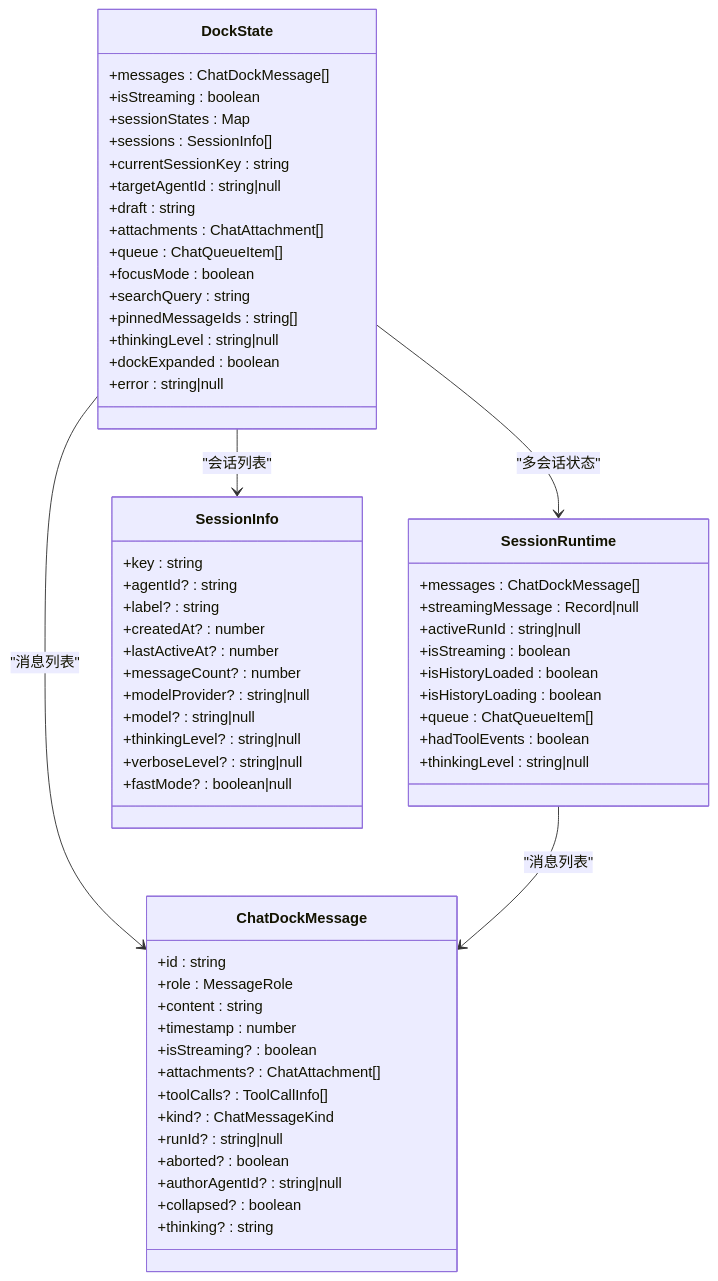
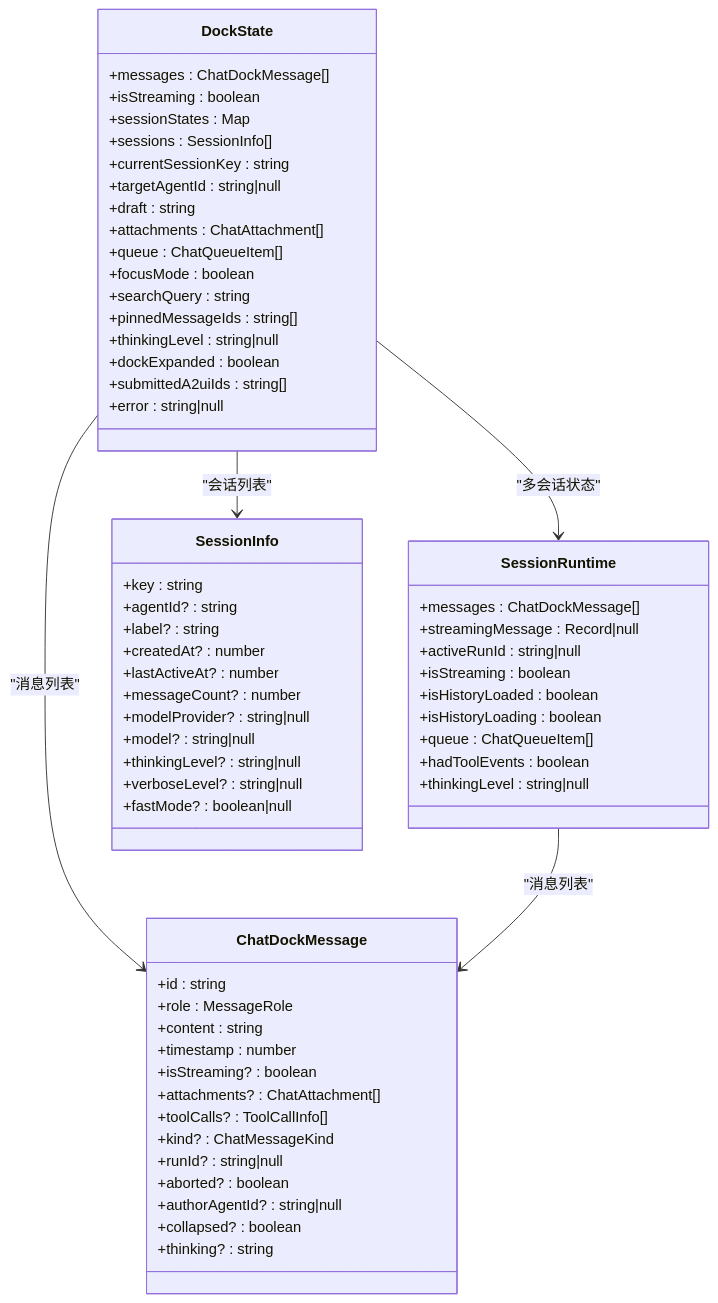
One commit to WW-AI-Lab/openclaw-office changed the third of 9 diagrams in .qoder/repowiki/zh/content/状态管理系统/控制台 Store 系统/聊天停靠 Store.md. Above: the diagram before and after it, drawn with Mermaid. The commit also changed other lines of this file and 36 other files, not shown here.

````diff
--- a/.qoder/repowiki/zh/content/状态管理系统/控制台 Store 系统/聊天停靠 Store.md
+++ b/.qoder/repowiki/zh/content/状态管理系统/控制台 Store 系统/聊天停靠 Store.md
@@ -175,63 +199,64 @@
 ```mermaid
 classDiagram
 class DockState {
 +messages : ChatDockMessage[]
 +isStreaming : boolean
 +sessionStates : Map<string, SessionRuntime>
 +sessions : SessionInfo[]
 +currentSessionKey : string
 +targetAgentId : string|null
 +draft : string
 +attachments : ChatAttachment[]
 +queue : ChatQueueItem[]
 +focusMode : boolean
 +searchQuery : string
 +pinnedMessageIds : string[]
 +thinkingLevel : string|null
 +dockExpanded : boolean
++submittedA2uiIds : string[]
 +error : string|null
 }
 class SessionRuntime {
 +messages : ChatDockMessage[]
 +streamingMessage : Record<string, unknown>|null
 +activeRunId : string|null
 +isStreaming : boolean
 +isHistoryLoaded : boolean
 +isHistoryLoading : boolean
 +queue : ChatQueueItem[]
 +hadToolEvents : boolean
 +thinkingLevel : string|null
 }
 class ChatDockMessage {
 +id : string
 +role : MessageRole
 +content : string
 +timestamp : number
 +isStreaming? : boolean
 +attachments? : ChatAttachment[]
 +toolCalls? : ToolCallInfo[]
 +kind? : ChatMessageKind
 +runId? : string|null
 +aborted? : boolean
 +authorAgentId? : string|null
 +collapsed? : boolean
 +thinking? : string
 }
 class SessionInfo {
 +key : string
 +agentId? : string
 +label? : string
 +createdAt? : number
 +lastActiveAt? : number
 +messageCount? : number
 +modelProvider? : string|null
 +model? : string|null
 +thinkingLevel? : string|null
 +verboseLevel? : string|null
 +fastMode? : boolean|null
 }
 DockState --> SessionRuntime : "多会话状态"
 DockState --> ChatDockMessage : "消息列表"
 DockState --> SessionInfo : "会话列表"
 SessionRuntime --> ChatDockMessage : "消息列表"
 ```
````
